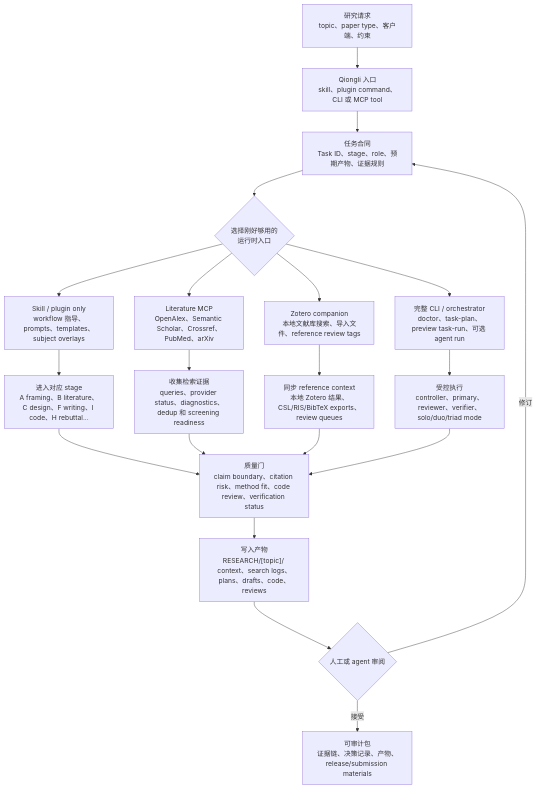
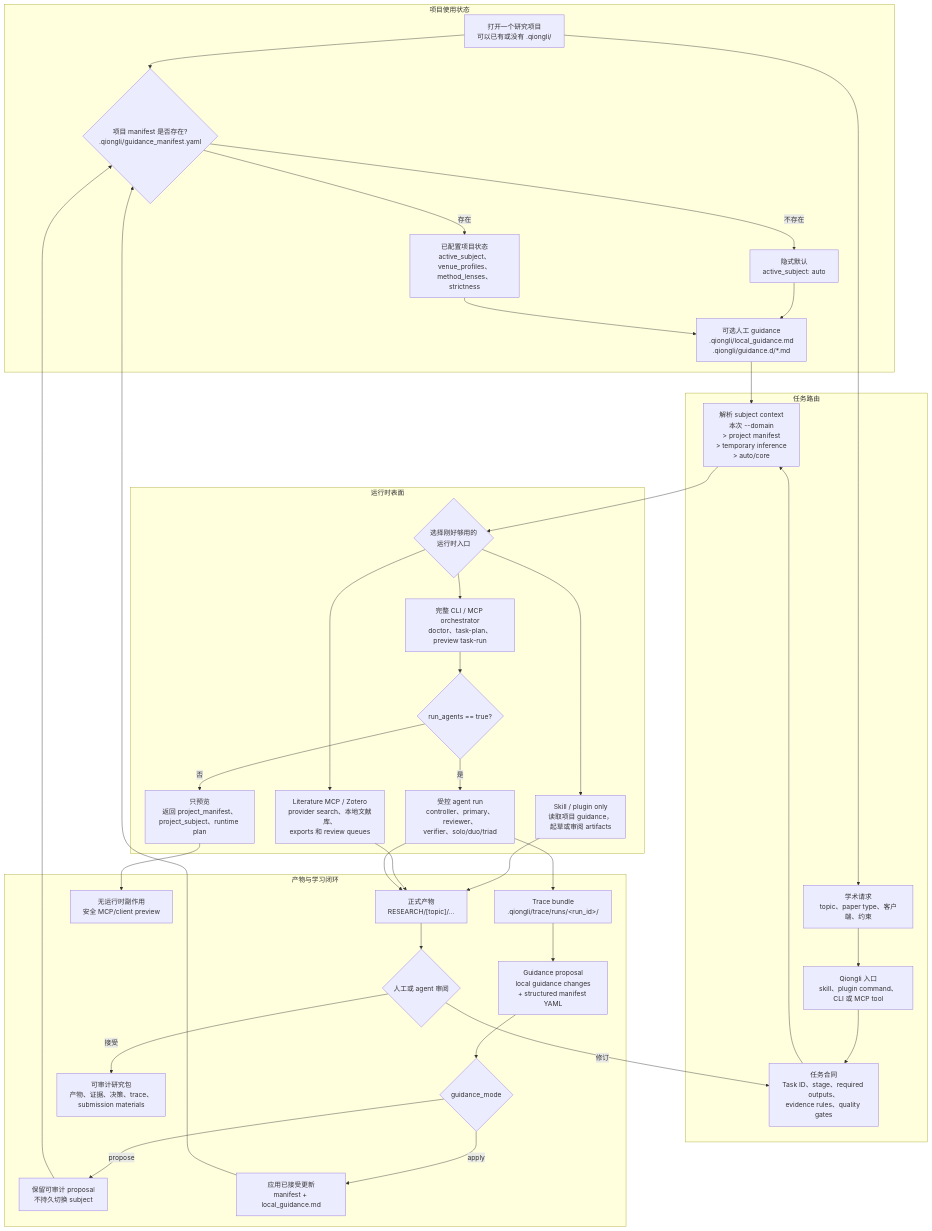
The diagram in README_CN.md (jxpeng98/qiongli), drawn with Mermaid before and after one commit. The commit also changed other lines of this file and 2 other files, not shown here.

Commit message:
docs(readme): align project guidance diagrams

````diff
--- a/README_CN.md
+++ b/README_CN.md
@@ -68,26 +68,48 @@
 ```mermaid
-flowchart TD
-    A["研究请求<br/>topic、paper type、客户端、约束"] --> B["Qiongli 入口<br/>skill、plugin command、CLI 或 MCP tool"]
-    B --> C["任务合同<br/>Task ID、stage、role、预期产物、证据规则"]
-    C --> D{"选择刚好够用的<br/>运行时入口"}
+flowchart TB
+    subgraph Project["项目使用状态"]
+        A["打开一个研究项目<br/>可以已有或没有 .qiongli/"]
+        A --> B{"项目 manifest 是否存在?<br/>.qiongli/guidance_manifest.yaml"}
+        B -->|不存在| C["隐式默认<br/>active_subject: auto"]
+        B -->|存在| D["已配置项目状态<br/>active_subject、venue_profiles、<br/>method_lenses、strictness"]
+        C --> E["可选人工 guidance<br/>.qiongli/local_guidance.md<br/>.qiongli/guidance.d/*.md"]
+        D --> E
+    end
 
-    D --> E["Skill / plugin only<br/>workflow 指导、prompts、templates、subject overlays"]
-    D --> F["Literature MCP<br/>OpenAlex、Semantic Scholar、Crossref、PubMed、arXiv"]
-    D --> G["Zotero companion<br/>本地文献库搜索、导入文件、reference review tags"]
-    D --> H["完整 CLI / orchestrator<br/>doctor、task-plan、preview task-run、可选 agent run"]
+    subgraph Request["任务路由"]
+        F["学术请求<br/>topic、paper type、客户端、约束"]
+        F --> G["Qiongli 入口<br/>skill、plugin command、CLI 或 MCP tool"]
+        G --> H["任务合同<br/>Task ID、stage、required outputs、<br/>evidence rules、quality gates"]
+        H --> I["解析 subject context<br/>本次 --domain<br/>&gt; project manifest<br/>&gt; temporary inference<br/>&gt; auto/core"]
+    end
 
-    E --> I["进入对应 stage<br/>A framing、B literature、C design、F writing、I code、H rebuttal..."]
-    F --> J["收集检索证据<br/>queries、provider status、diagnostics、dedup 和 screening readiness"]
-    G --> K["同步 reference context<br/>本地 Zotero 结果、CSL/RIS/BibTeX exports、review queues"]
-    H --> L["受控执行<br/>controller、primary、reviewer、verifier、solo/duo/triad mode"]
+    A --> F
+    E --> I
 
-    I --> M["质量门<br/>claim boundary、citation risk、method fit、code review、verification status"]
-    J --> M
-    K --> M
-    L --> M
+    subgraph Runtime["运行时表面"]
+        I --> J{"选择刚好够用的<br/>运行时入口"}
+        J --> K["Skill / plugin only<br/>读取项目 guidance，<br/>起草或审阅 artifacts"]
+        J --> L["Literature MCP / Zotero<br/>provider search、本地文献库、<br/>exports 和 review queues"]
+        J --> M["完整 CLI / MCP orchestrator<br/>doctor、task-plan、<br/>preview task-run"]
+        M --> N{"run_agents == true?"}
+        N -->|否| O["只预览<br/>返回 project_manifest、<br/>project_subject、runtime plan"]
+        N -->|是| P["受控 agent run<br/>controller、primary、reviewer、<br/>verifier、solo/duo/triad"]
+    end
 
-    M --> N["写入产物<br/>RESEARCH/[topic]/ context、search logs、plans、drafts、code、reviews"]
-    N --> O{"人工或 agent 审阅"}
-    O -->|修订| C
-    O -->|接受| P["可审计包<br/>证据链、决策记录、产物、release/submission materials"]
+    subgraph Outputs["产物与学习闭环"]
+        K --> Q["正式产物<br/>RESEARCH/[topic]/..."]
+        L --> Q
+        O --> R["无运行时副作用<br/>安全 MCP/client preview"]
+        P --> Q
+        P --> S["Trace bundle<br/>.qiongli/trace/runs/&lt;run_id&gt;/"]
+        S --> T["Guidance proposal<br/>local guidance changes<br/>+ structured manifest YAML"]
+        T --> U{"guidance_mode"}
+        U -->|propose| V["保留可审计 proposal<br/>不持久切换 subject"]
+        U -->|apply| W["应用已接受更新<br/>manifest + local_guidance.md"]
+        W --> B
+        V --> B
+        Q --> X{"人工或 agent 审阅"}
+        X -->|修订| H
+        X -->|接受| Y["可审计研究包<br/>产物、证据、决策、trace、<br/>submission materials"]
+    end
 ```
````
